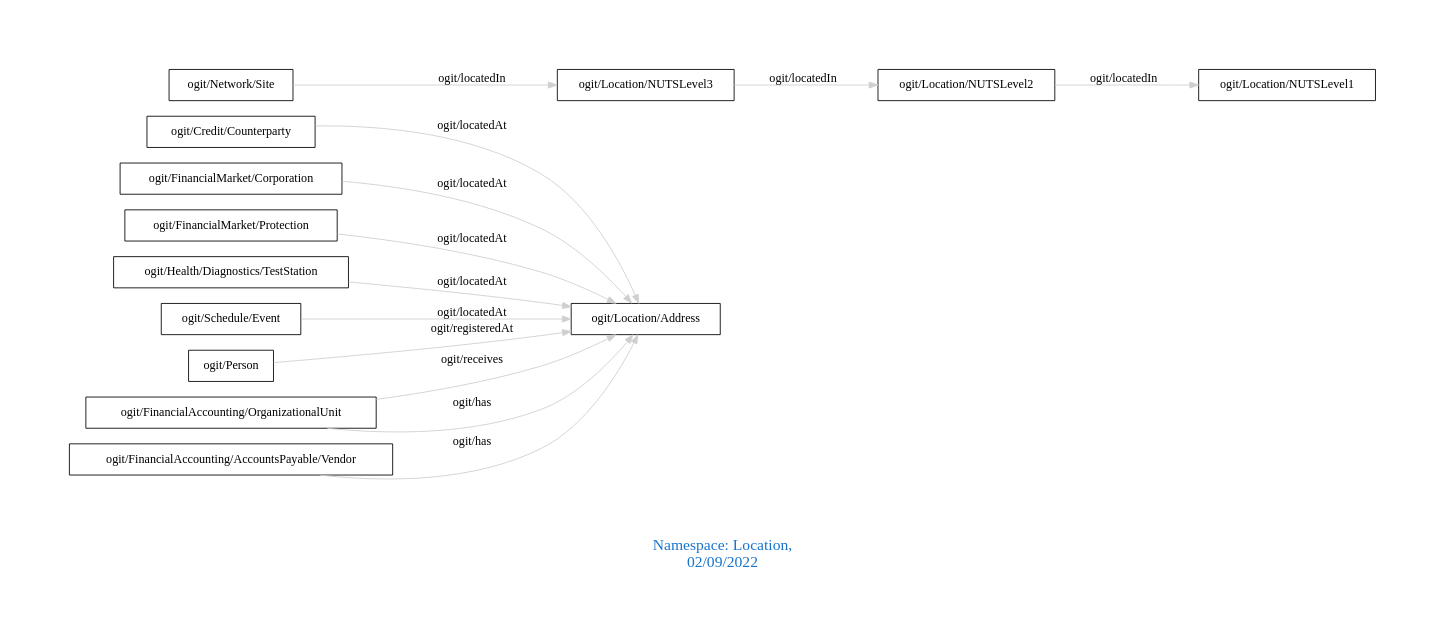
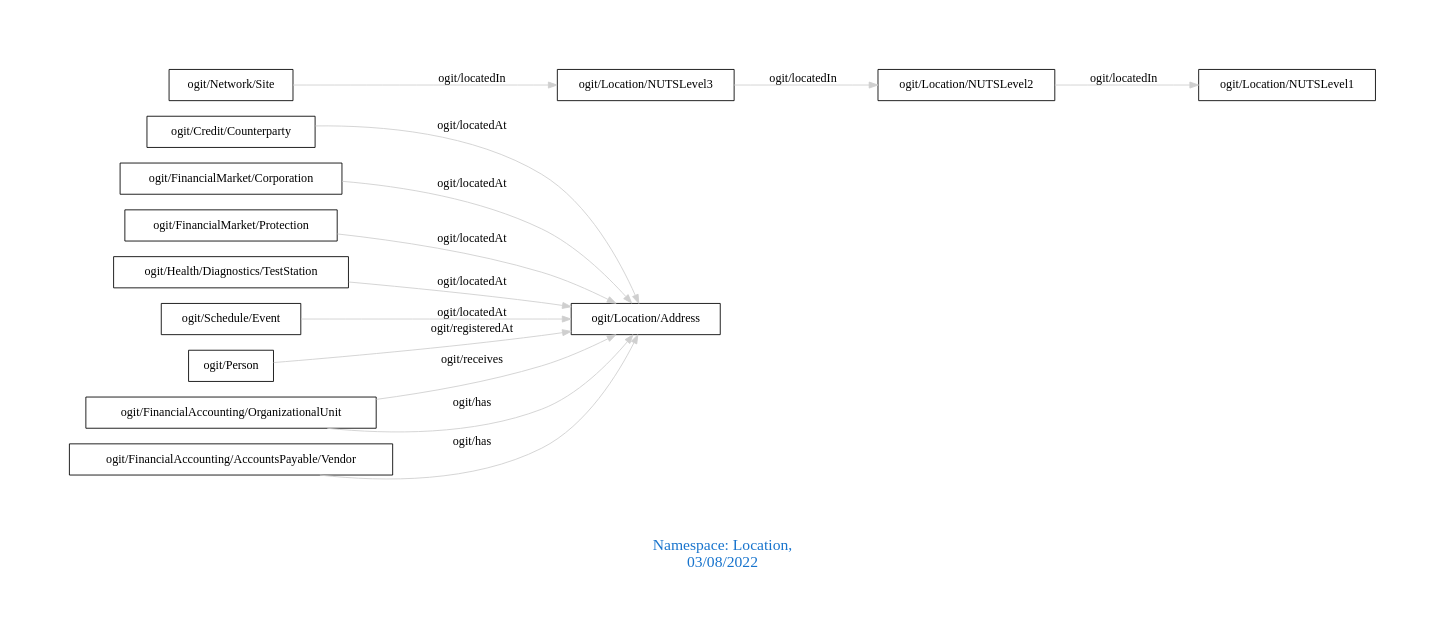
The diagram in downloads/Location.dot (arago/OGIT), drawn with Graphviz before and after one commit. The commit also changed 1906 other files, not shown here.

```diff
--- a/downloads/Location.dot
+++ b/downloads/Location.dot
@@ -1,20 +1,20 @@
 digraph OGIT_ontology {
  graph [ rankdir= LR,pad=1 
 fontsize = 18,
-fontcolor= dodgerblue3,label = "\n\n\nNamespace: Location, \n 02/09/2022"];
+fontcolor= dodgerblue3,label = "\n\n\nNamespace: Location, \n 03/08/2022"];
 node[shape=polygon];
 edge [  color="gray81"];
 
    "ogit/Credit/Counterparty" -> "ogit/Location/Address" [label="   ogit/locatedAt    "];
    "ogit/FinancialMarket/Corporation" -> "ogit/Location/Address" [label="   ogit/locatedAt    "];
    "ogit/FinancialMarket/Protection" -> "ogit/Location/Address" [label="   ogit/locatedAt    "];
    "ogit/Health/Diagnostics/TestStation" -> "ogit/Location/Address" [label="   ogit/locatedAt    "];
    "ogit/Schedule/Event" -> "ogit/Location/Address" [label="   ogit/locatedAt    "];
    "ogit/Location/NUTSLevel2" -> "ogit/Location/NUTSLevel1" [label="   ogit/locatedIn    "];
    "ogit/Location/NUTSLevel3" -> "ogit/Location/NUTSLevel2" [label="   ogit/locatedIn    "];
    "ogit/Network/Site" -> "ogit/Location/NUTSLevel3" [label="   ogit/locatedIn    "];
    "ogit/Person" -> "ogit/Location/Address" [label="   ogit/registeredAt    "];
    "ogit/FinancialAccounting/OrganizationalUnit" -> "ogit/Location/Address" [label="   ogit/receives    "];
    "ogit/FinancialAccounting/AccountsPayable/Vendor" -> "ogit/Location/Address" [label="   ogit/has    "];
    "ogit/FinancialAccounting/OrganizationalUnit" -> "ogit/Location/Address" [label="   ogit/has    "];
 }
```
